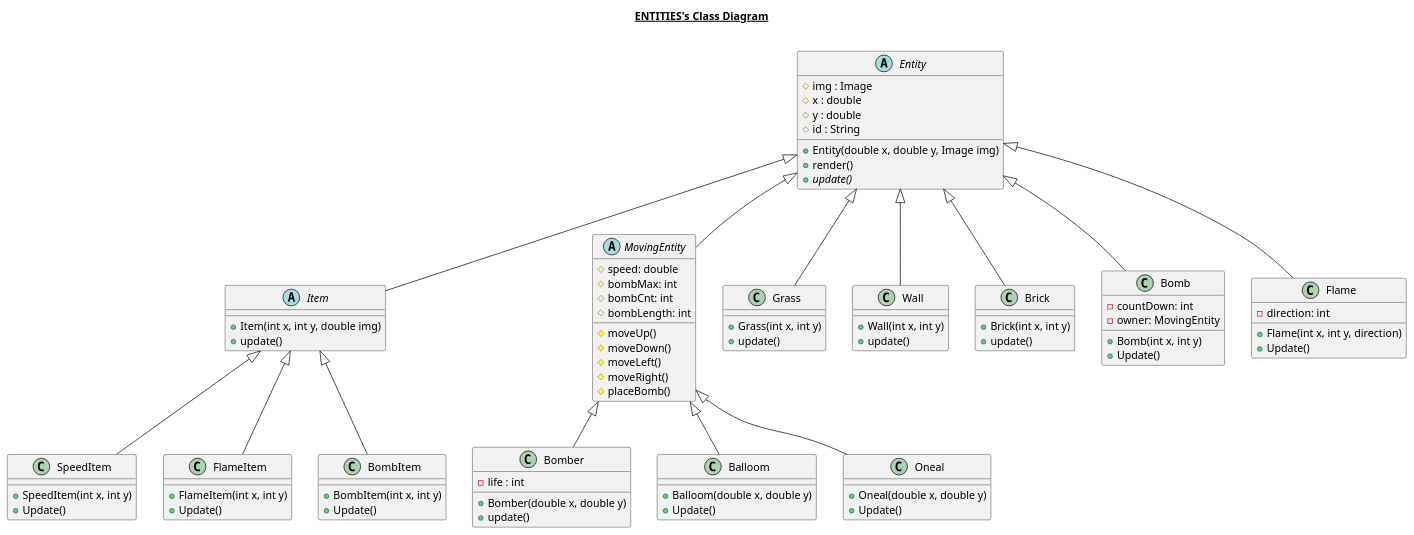
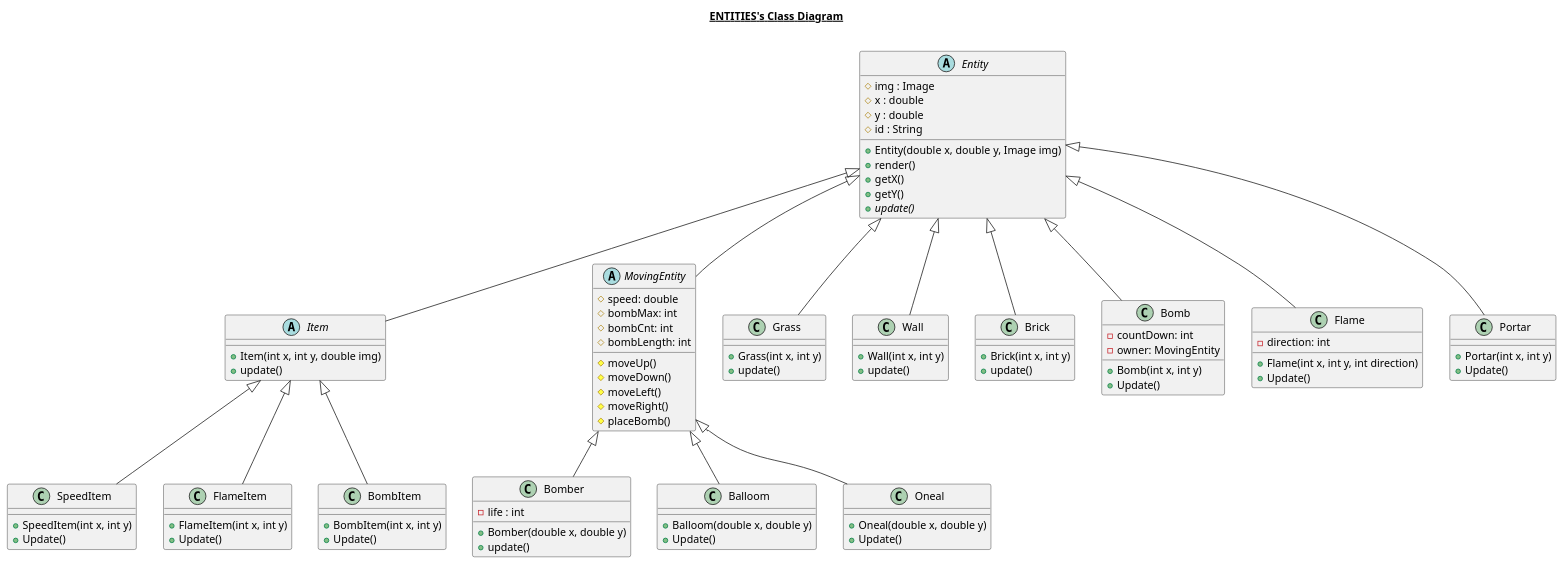
Before and after one commit to LittleCuteBug/BomberMan: the diagram in src/uet/oop/bomberman/entities/entities.plantuml, drawn with PlantUML. The commit also changed 1 other file, not shown here.

```diff
--- a/src/uet/oop/bomberman/entities/entities.plantuml
+++ b/src/uet/oop/bomberman/entities/entities.plantuml
@@ -1,103 +1,111 @@
 @startuml
 
 title __ENTITIES's Class Diagram__\n
     abstract class Entity {
         # img : Image
         # x : double
         # y : double
         # id : String
         + Entity(double x, double y, Image img)
         + render()
+        + getX()
+        + getY()
         {abstract} + update()
     }
 
     Grass -up-|> Entity
     class Grass {
         + Grass(int x, int y)
         + update()
     }
 
     Wall -up-|> Entity
     class Wall {
         + Wall(int x, int y)
         + update()
     }
 
     Brick -up-|> Entity
     class Brick {
         + Brick(int x, int y)
         + update()
     }
 
     MovingEntity -up-|> Entity
     abstract class MovingEntity {
         # speed: double
         # bombMax: int
         # bombCnt: int
         # bombLength: int
 
         # moveUp()
         # moveDown()
         # moveLeft()
         # moveRight()
         # placeBomb()
     }
 
     Bomber -up-|> MovingEntity
     class Bomber {
         - life : int
         + Bomber(double x, double y)
         + update()
     }
 
     Balloom -up-|> MovingEntity
     class Balloom {
         + Balloom(double x, double y)
         + Update()
     }
 
     Oneal -up-|> MovingEntity
     class Oneal {
         + Oneal(double x, double y)
         + Update()
     }
 
     Item -up-|> Entity
     abstract class Item {
         + Item(int x, int y, double img)
         + update()
     }
 
     SpeedItem -up-|> Item
     class SpeedItem {
         + SpeedItem(int x, int y)
         + Update()
     }
 
     FlameItem -up-|> Item
     class FlameItem {
         + FlameItem(int x, int y)
         + Update()
     }
 
     BombItem -up-|> Item
     class BombItem {
         + BombItem(int x, int y)
         + Update()
     }
 
     Bomb -up-|> Entity
     class Bomb {
         - countDown: int
         - owner: MovingEntity
         + Bomb(int x, int y)
         + Update()
     }
 
     Flame -up-|> Entity
     class Flame {
         - direction: int
-        + Flame(int x, int y, direction)
+        + Flame(int x, int y, int direction)
+        + Update()
+    }
+
+    Portar -up-|> Entity
+    class Portar {
+        + Portar(int x, int y)
         + Update()
     }
 @enduml
```
